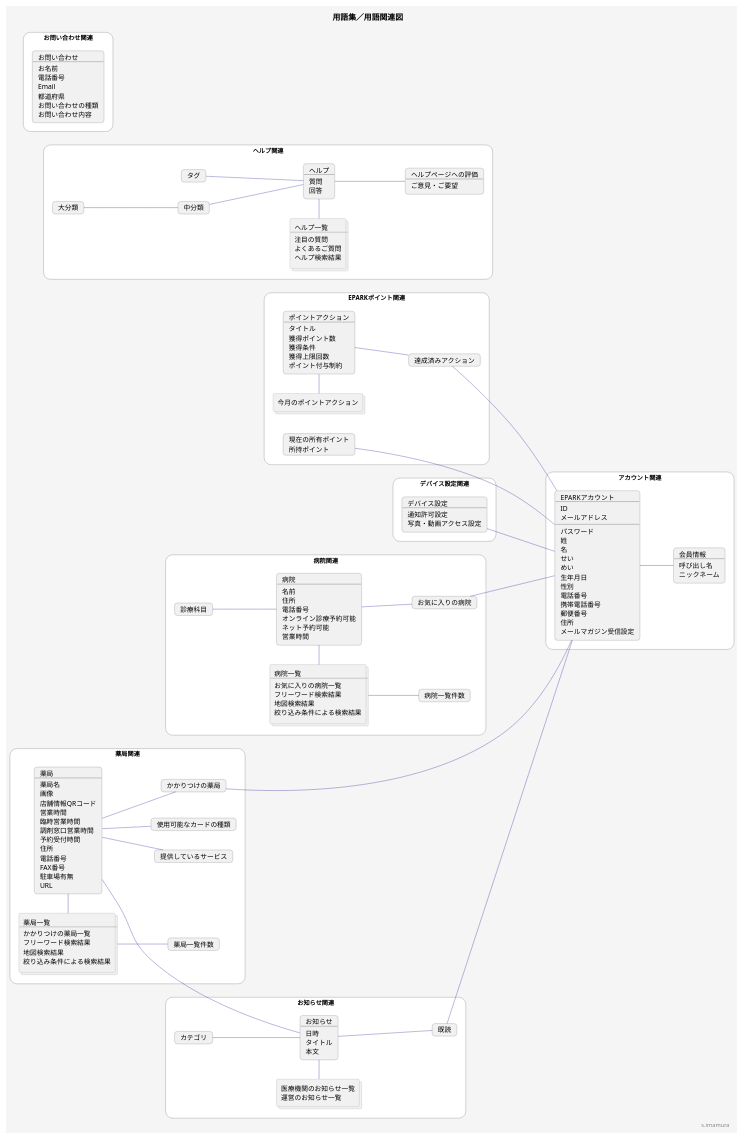
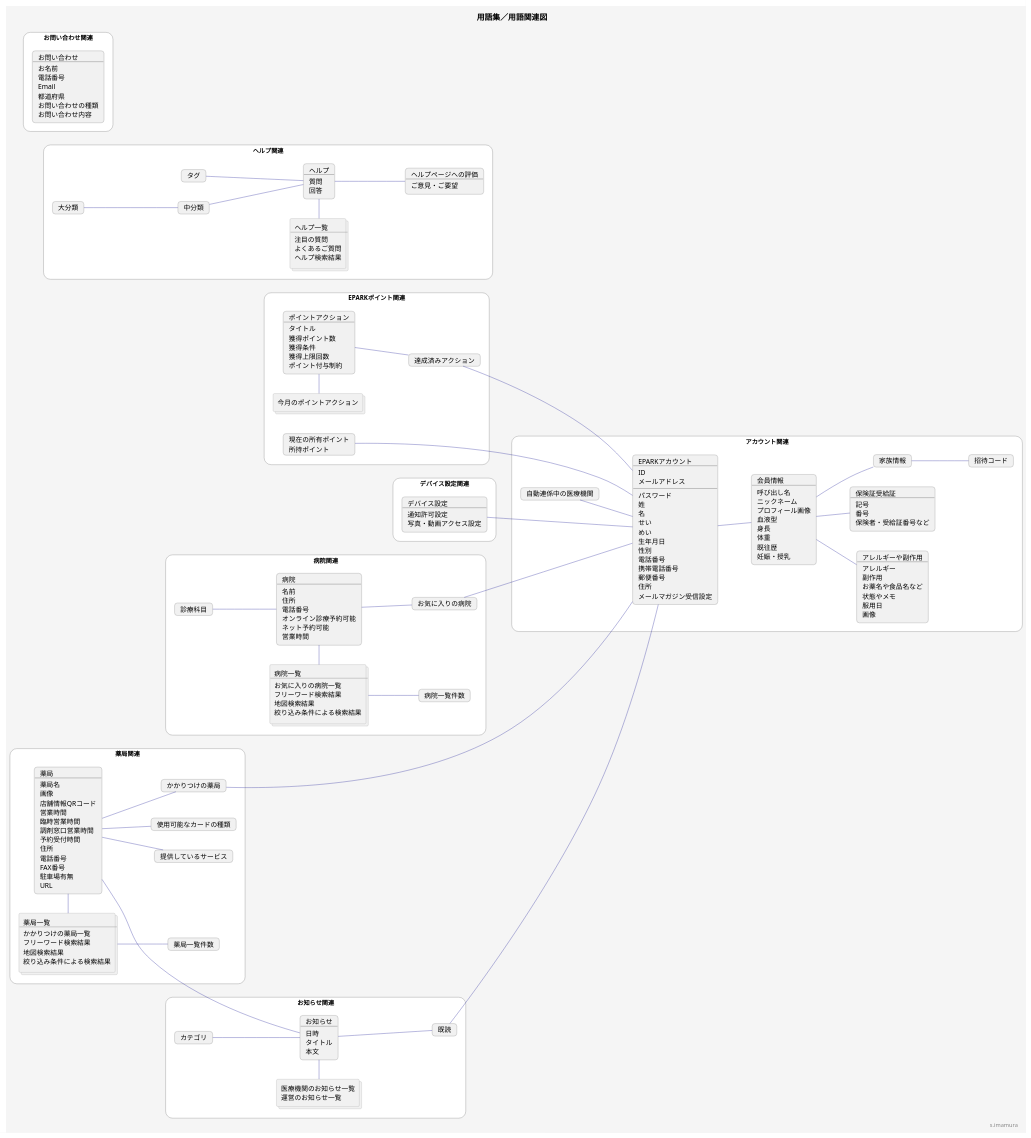
The diagram in src/content/blog/2023-02-18-uipocket-modeling-okusuritecho.md (ShoheiImamura/blog2023), drawn with PlantUML before and after one commit.

Commit message:
blog お薬手帳家族情報の追加

```diff
--- a/src/content/blog/2023-02-18-uipocket-modeling-okusuritecho.md
+++ b/src/content/blog/2023-02-18-uipocket-modeling-okusuritecho.md
@@ -139,10 +139,43 @@
     --
     呼び出し名
     ニックネーム
+    プロフィール画像
+    血液型
+    身長
+    体重
+    既往歴
+    妊娠・授乳
   ]
+
+  card アレルギーや副作用 [
+    アレルギーや副作用
+    --
+    アレルギー
+    副作用
+    お薬名や食品名など
+    状態やメモ
+    服用日
+    画像
+  ]
+  card 保険証受給証 [
+    保険証受給証
+    --
+    記号
+    番号
+    保険者・受給証番号など
+  ]
+  card 自動連係中の医療機関
+  card 家族情報
+  card 招待コード
 
   ' 内部関連
   EPARKアカウント -- 会員情報
+  会員情報 -- アレルギーや副作用
+  会員情報 -- 保険証受給証
+
+  自動連係中の医療機関 -- EPARKアカウント
+  会員情報 -- 家族情報
+  家族情報 -- 招待コード
 
   ' 外部関連
   デバイス設定 --- EPARKアカウント
```
